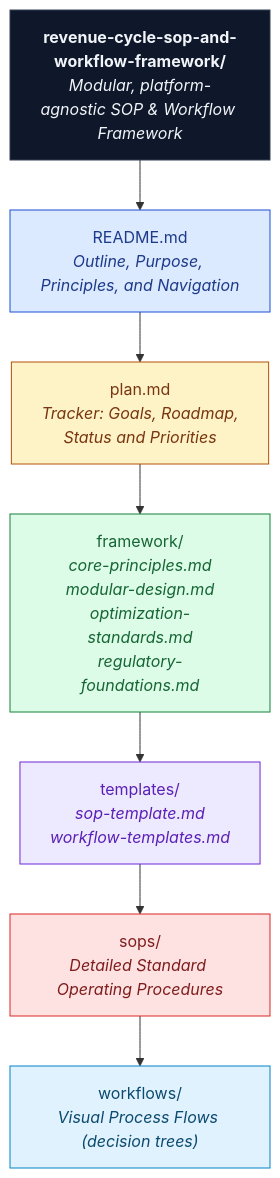
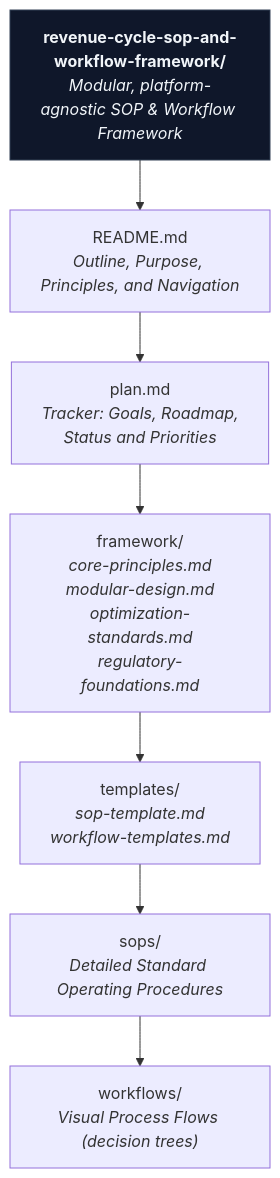
Before and after one commit to shainemeister/revenue-cycle-sop-and-workflow-framework: the diagram in readme.md, drawn with Mermaid.

Commit message:
Remove styling definitions from README
Removed specific styling definitions for various sections in the README.

````diff
--- a/readme.md
+++ b/readme.md
@@ -65,27 +65,21 @@
 ```mermaid
 flowchart TD
     Root["<b>revenue-cycle-sop-and-workflow-framework/</b><br/><i>Modular, platform-agnostic SOP &amp; Workflow Framework</i>"]
 
     README["README.md<br/><i>Outline, Purpose, Principles, and Navigation</i>"]
     PLAN["plan.md<br/><i>Tracker: Goals, Roadmap,<br/>Status and Priorities</i>"]
     Framework["framework/<br/><i>core-principles.md<br/>modular-design.md<br/>optimization-standards.md<br/>regulatory-foundations.md</i>"]
     Templates["templates/<br/><i>sop-template.md<br/>workflow-templates.md</i>"]
     SOPS["sops/<br/><i>Detailed Standard Operating Procedures</i>"]
     WORKFLOWS["workflows/<br/><i>Visual Process Flows (decision trees)</i>"]
 
     Root --> README
     README --> PLAN
     PLAN --> Framework
     Framework --> Templates
     Templates --> SOPS
     SOPS --> WORKFLOWS
 
     %% Simple high-contrast styling for readability
     style Root fill:#0f172a,stroke:#334155,color:#f1f5f9
-    style README fill:#dbeafe,stroke:#1d4ed8,color:#1e3a8a
-    style PLAN fill:#fef3c7,stroke:#b45309,color:#78350f
-    style Framework fill:#dcfce7,stroke:#15803d,color:#166534
-    style Templates fill:#ede9fe,stroke:#6d28d9,color:#5b21b6
-    style SOPS fill:#fee2e2,stroke:#dc2626,color:#7f1d1d
-    style WORKFLOWS fill:#e0f2fe,stroke:#0284c7,color:#0c4a6e
 ```
````
